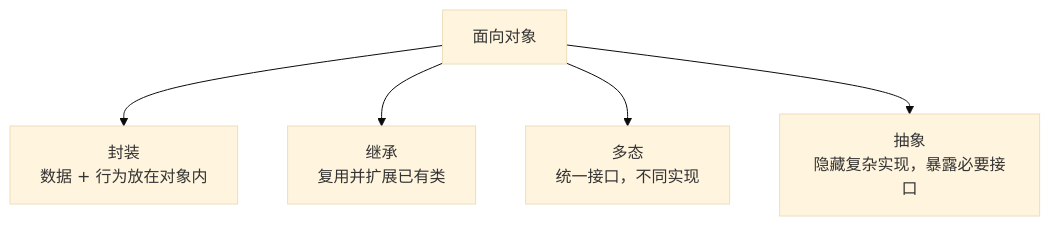
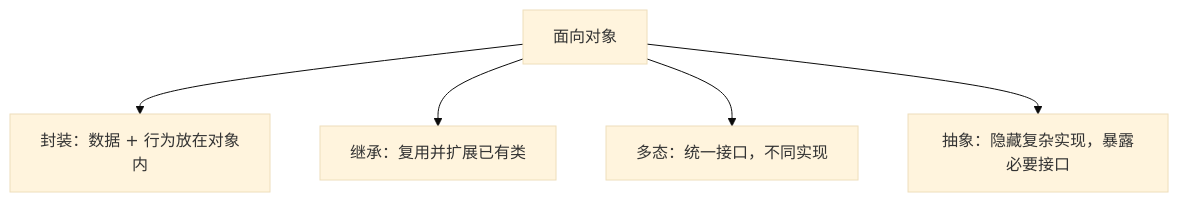
Before and after one commit to studyzhige-ui/python-interview-handbook: the first of 3 diagrams in review/08-面向对象-魔术方法-图解与自测.md, drawn with Mermaid (base theme). The commit also changed other lines of this file and 11 other files, not shown here.

First line of the commit message:
fix: repair Mermaid rendering across review chapters

````diff
--- a/review/08-面向对象-魔术方法-图解与自测.md
+++ b/review/08-面向对象-魔术方法-图解与自测.md
@@ -7,7 +7,7 @@
 ```mermaid
 flowchart TD
-    OOP[面向对象] --> E1[封装<br/>数据 + 行为放在对象内]
-    OOP --> E2[继承<br/>复用并扩展已有类]
-    OOP --> E3[多态<br/>统一接口，不同实现]
-    OOP --> E4[抽象<br/>隐藏复杂实现，暴露必要接口]
+    OOP["面向对象"] --> E1["封装：数据 + 行为放在对象内"]
+    OOP --> E2["继承：复用并扩展已有类"]
+    OOP --> E3["多态：统一接口，不同实现"]
+    OOP --> E4["抽象：隐藏复杂实现，暴露必要接口"]
 ```
````
